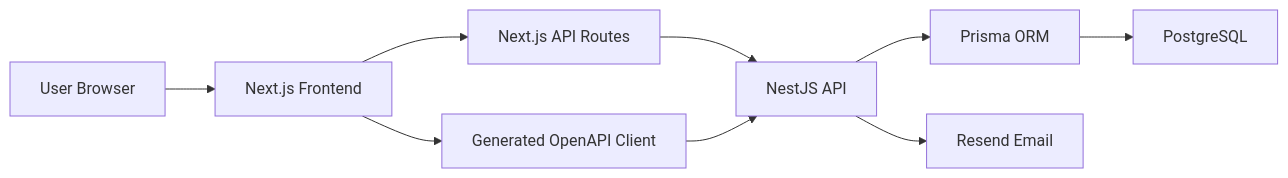
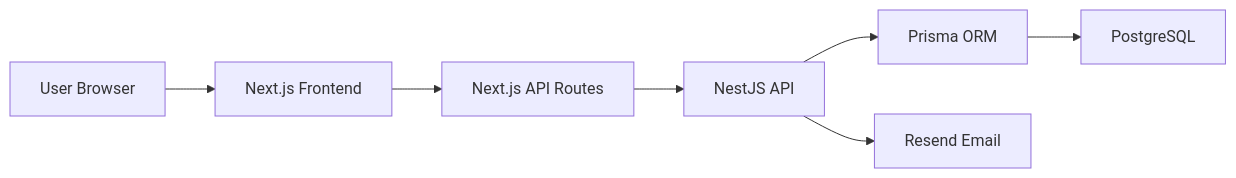
Before and after one commit to Erics-Barbers/erics-barbers-docs: the first of 4 diagrams in Current System Architecture.md, drawn with Mermaid. The commit also changed other lines of this file and 6 other files, not shown here.

````diff
--- a/Current System Architecture.md
+++ b/Current System Architecture.md
@@ -28,11 +28,9 @@
 ```mermaid
 flowchart LR
     User["User Browser"] --> Next["Next.js Frontend"]
     Next --> NextRoutes["Next.js API Routes"]
-    Next --> GeneratedClient["Generated OpenAPI Client"]
     NextRoutes --> API["NestJS API"]
-    GeneratedClient --> API
     API --> Prisma["Prisma ORM"]
     Prisma --> DB["PostgreSQL"]
     API --> Resend["Resend Email"]
 ```
````
